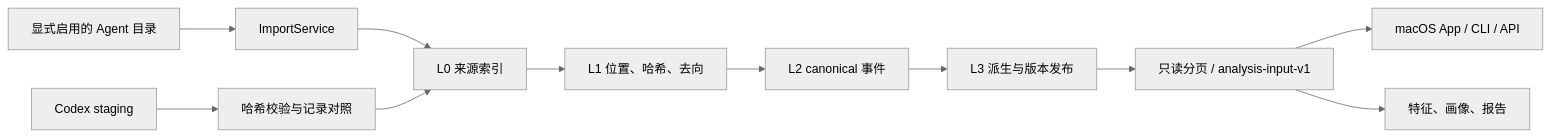
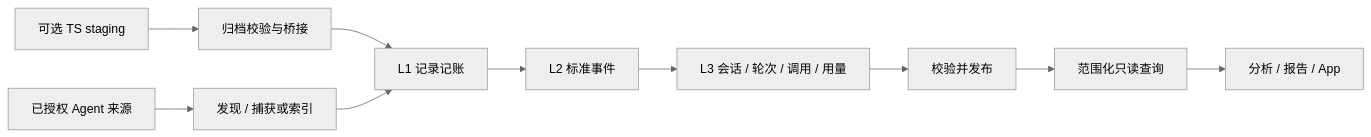
The diagram in docs/architecture/data-pipeline.md (Orbit-Labs-AI/Orbit-Zhiyin), drawn with Mermaid (neutral theme) before and after one commit. The commit also changed other lines of this file and 185 other files, not shown here.

````diff
--- a/docs/architecture/data-pipeline.md
+++ b/docs/architecture/data-pipeline.md
@@ -25,13 +5,12 @@
 ```mermaid
 flowchart LR
-  Native[显式启用的 Agent 目录] --> Capture[ImportService]
-  Capture --> L0[L0 来源索引]
-  TS[Codex staging] --> Bridge[哈希校验与记录对照]
-  Bridge --> L0
-  L0 --> L1[L1 位置、哈希、去向]
-  L1 --> L2[L2 canonical 事件]
-  L2 --> L3[L3 派生与版本发布]
-  L3 --> Reader[只读分页 / analysis-input-v1]
-  Reader --> App[macOS App / CLI / API]
-  Reader --> Analysis[特征、画像、报告]
+  Source[已授权 Agent 来源] --> Capture[发现 / 捕获或索引]
+  Staging[可选 TS staging] --> Bridge[归档校验与桥接]
+  Bridge --> L1[L1 记录记账]
+  Capture --> L1
+  L1 --> L2[L2 标准事件]
+  L2 --> L3[L3 会话 / 轮次 / 调用 / 用量]
+  L3 --> Publish[校验并发布]
+  Publish --> Read[范围化只读查询]
+  Read --> Analysis[分析 / 报告 / App]
 ```
````
